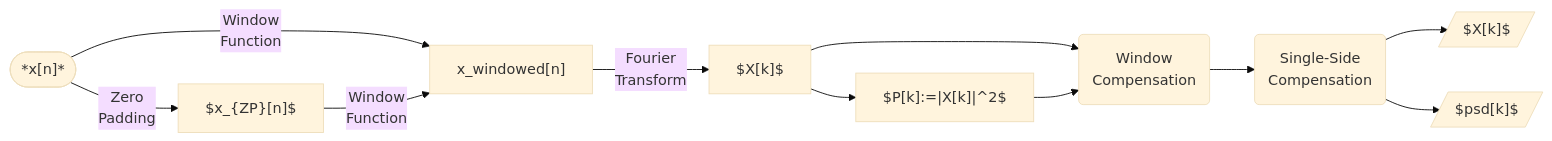
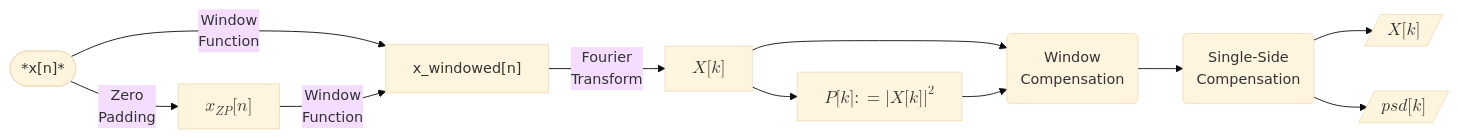
Before and after one commit to jiutongzhao/Time-Series-Data-Analysis: the second of 4 diagrams in docs/README.md, drawn with Mermaid (base theme). The commit also changed other lines of this file and 2 other files, not shown here.

````diff
--- a/docs/README.md
+++ b/docs/README.md
@@ -410,32 +413,32 @@
 ```mermaid
 graph LR
 
 A(["*x[n]*"]) -->|Window 
 Function|B@{ shape: rect, label: "x_windowed[n]" }
 
 A-->|Zero
-Padding|C@{shape:rect, label: "$x_{ZP}[n]$"}
+Padding|C@{shape:rect, label: "$$x_{ZP}[n]$$"}
 
 C -->|Window
 Function|B
 
 B -->|Fourier
-Transform|D@{shape: rect, label: "$X[k]$"}
+Transform|D@{shape: rect, label: "$$X[k]$$"}
 
-D -->H["$P[k]:=|X[k]|^2$"]
+D -->H["$$P[k]:=|X[k]|^2$$"]
 
 D --> E(Window
 Compensation)
 
 E --> F(Single-Side
 Compensation)
 
-F --> G@{ shape: lean-r, label: "$X[k]$"}
+F --> G@{ shape: lean-r, label: "$$X[k]$$"}
 
 
 H --> E(Window
 Compensation)
 
-F --> K@{ shape: lean-r, label: "$psd[k]$"}
+F --> K@{ shape: lean-r, label: "$$psd[k]$$"}
 
 ```
````
